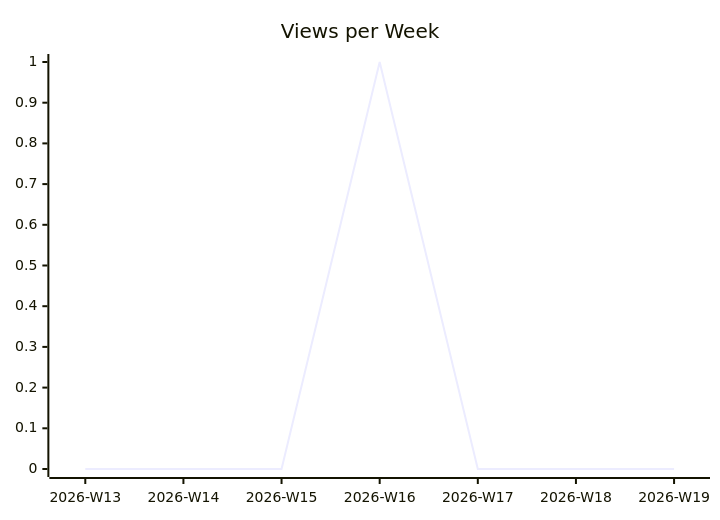
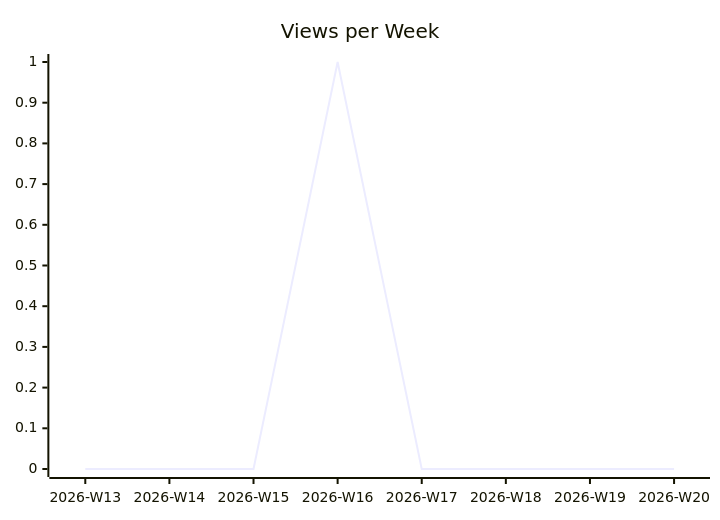
Before and after one commit to justdavis-family/github-analytics-data: the second of 3 diagrams in justdavis-family/github-analytics-data/README.md, drawn with Mermaid. The commit also changed other lines of this file and 176 other files, not shown here.

````diff
--- a/justdavis-family/github-analytics-data/README.md
+++ b/justdavis-family/github-analytics-data/README.md
@@ -12,6 +12,6 @@
 ```mermaid
 xychart-beta
   title "Views per Week"
-  x-axis ["2026-W13", "2026-W14", "2026-W15", "2026-W16", "2026-W17", "2026-W18", "2026-W19"]
-  line [0, 0, 0, 1, 0, 0, 0]
+  x-axis ["2026-W13", "2026-W14", "2026-W15", "2026-W16", "2026-W17", "2026-W18", "2026-W19", "2026-W20"]
+  line [0, 0, 0, 1, 0, 0, 0, 0]
 ```
````
